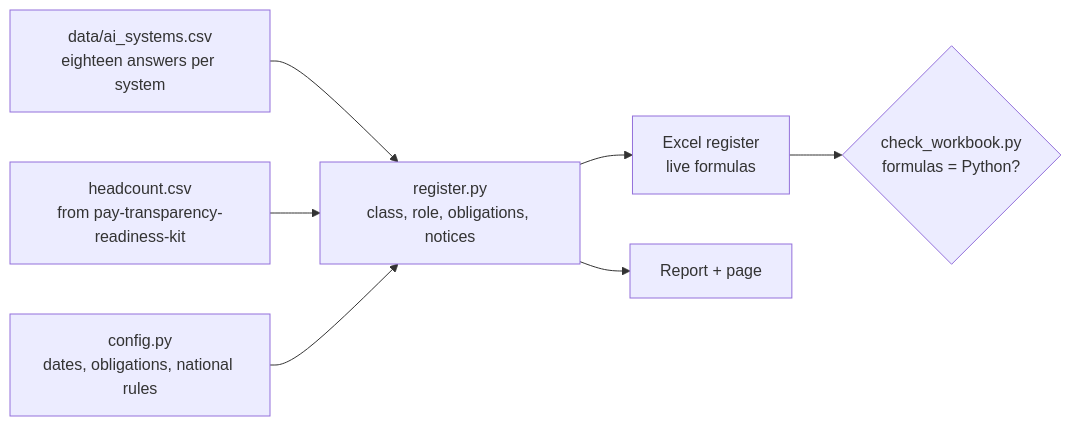
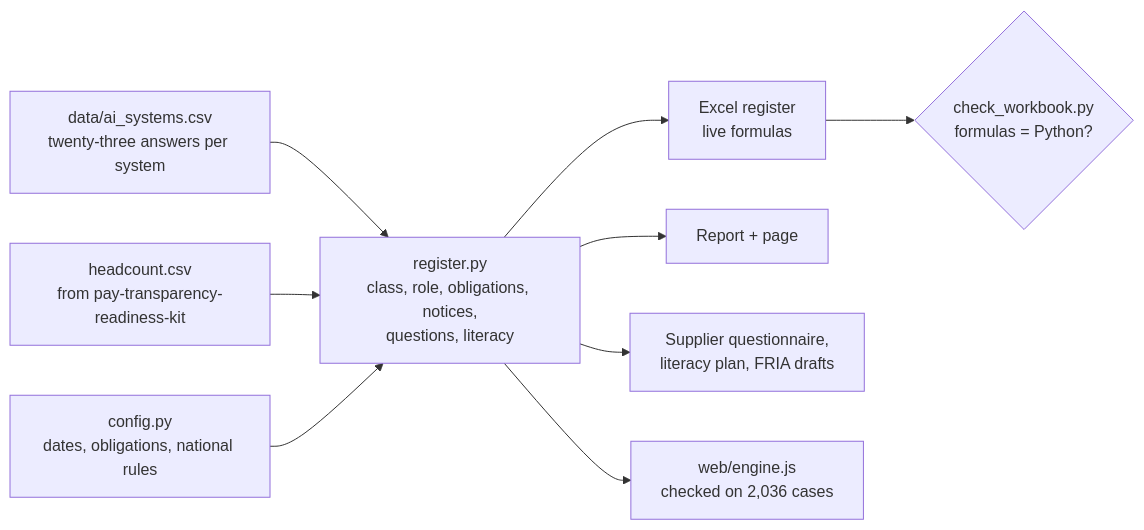
The diagram in README.md (D0M3N1C0X/ai-act-hr-readiness-kit), drawn with Mermaid before and after one commit. The commit also changed other lines of this file and 31 other files, not shown here.

First line of the commit message:
Five more countries, supplier questions, AI literacy plan and FRIA drafts

````diff
--- a/README.md
+++ b/README.md
@@ -91,9 +107,11 @@
 ```mermaid
 flowchart LR
-    A[data/ai_systems.csv<br/>eighteen answers per system] --> R[register.py<br/>class, role, obligations, notices]
+    A[data/ai_systems.csv<br/>twenty-three answers per system] --> R[register.py<br/>class, role, obligations, notices,<br/>questions, literacy]
     H[headcount.csv<br/>from pay-transparency-readiness-kit] --> R
     C[config.py<br/>dates, obligations, national rules] --> R
     R --> X[Excel register<br/>live formulas]
     R --> M[Report + page]
+    R --> D[Supplier questionnaire,<br/>literacy plan, FRIA drafts]
+    R --> W[web/engine.js<br/>checked on 2,036 cases]
     X --> K{check_workbook.py<br/>formulas = Python?}
 ```
````
